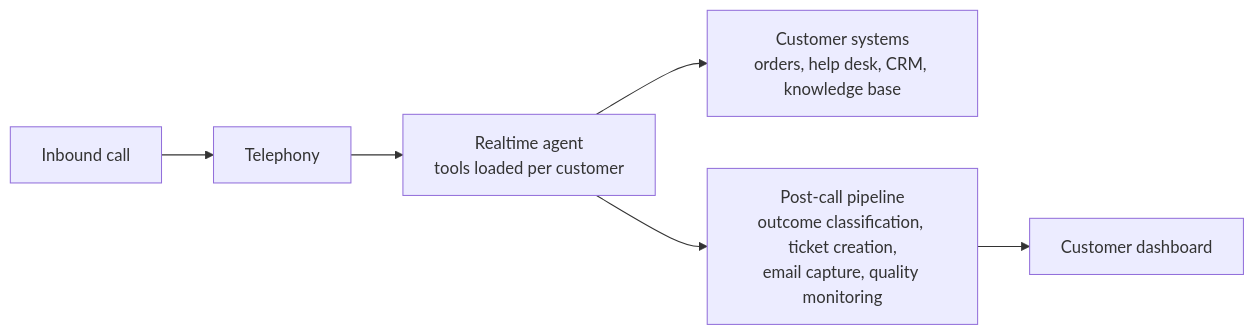
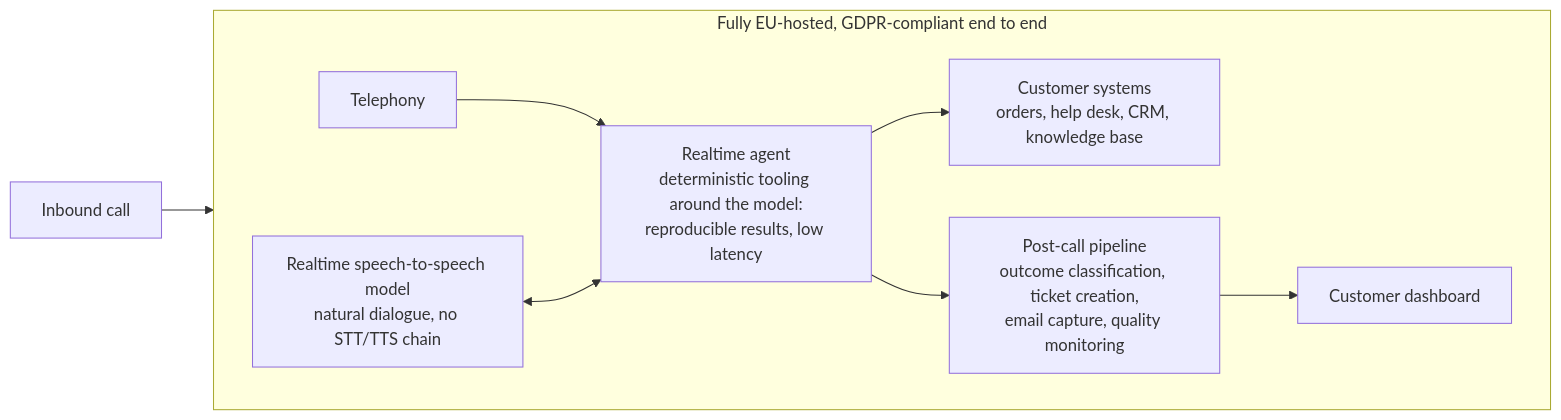
One commit to phosteon/phosteon changed the diagram in README.md. Above: the diagram before and after it, drawn with Mermaid.

Commit message:
Show EU hosting boundary and live model in the architecture diagram

````diff
--- a/README.md
+++ b/README.md
@@ -11,8 +11,12 @@
 ```mermaid
 flowchart LR
     A[Inbound call] --> B[Telephony]
-    B --> C[Realtime agent<br/>tools loaded per customer]
-    C --> D[Customer systems<br/>orders, help desk, CRM, knowledge base]
-    C --> E[Post-call pipeline<br/>outcome classification, ticket creation,<br/>email capture, quality monitoring]
-    E --> F[Customer dashboard]
+    subgraph EU["Fully EU-hosted, GDPR-compliant end to end"]
+        direction LR
+        B --> C[Realtime agent<br/>deterministic tooling around the model:<br/>reproducible results, low latency]
+        M[Realtime speech-to-speech model<br/>natural dialogue, no STT/TTS chain] <--> C
+        C --> D[Customer systems<br/>orders, help desk, CRM, knowledge base]
+        C --> E[Post-call pipeline<br/>outcome classification, ticket creation,<br/>email capture, quality monitoring]
+        E --> F[Customer dashboard]
+    end
 ```
````
